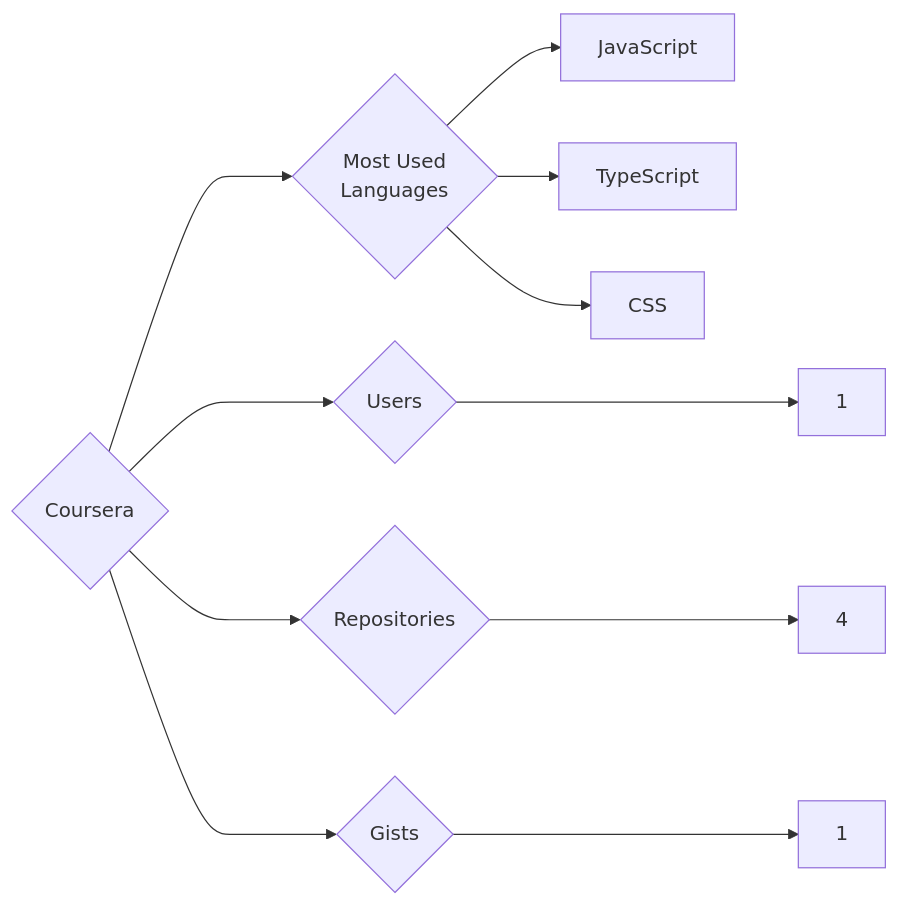
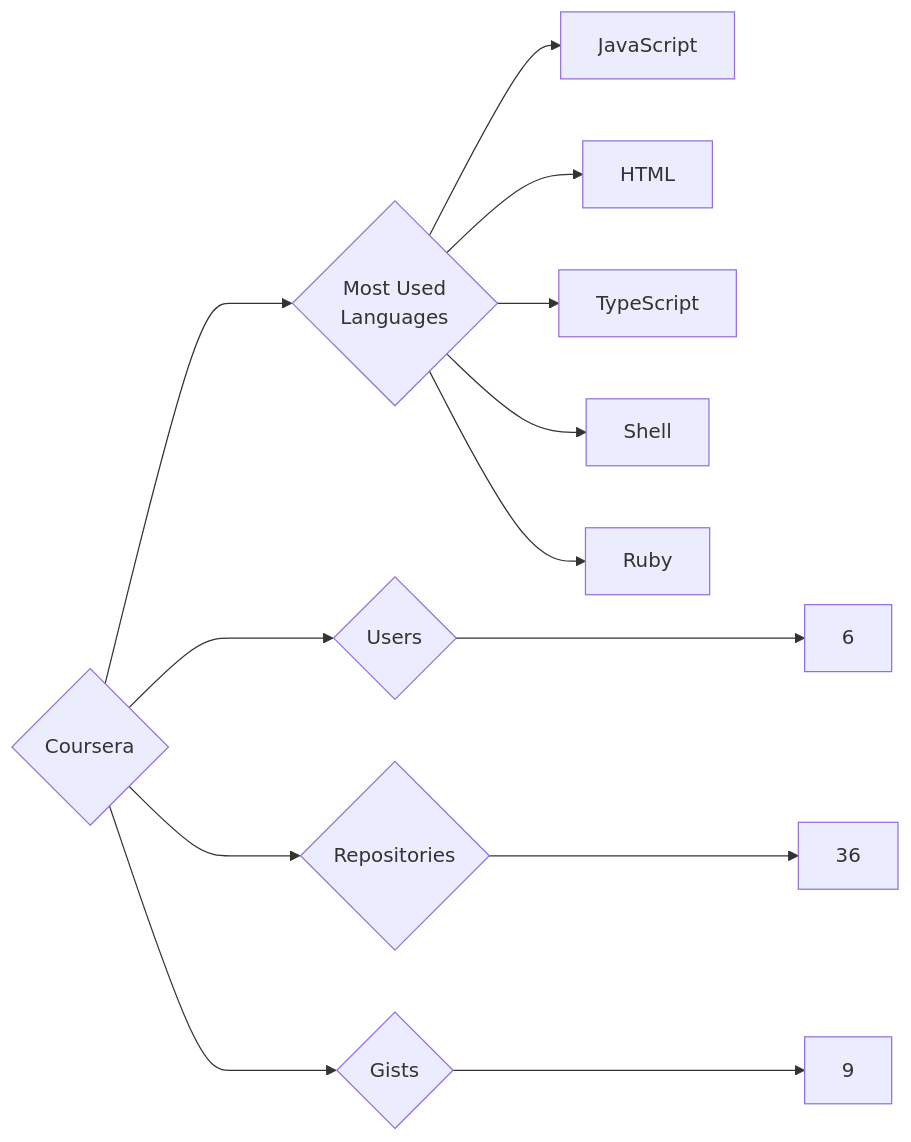
Before and after one commit to trickest/insiders: the diagram in targets/Coursera/README.md, drawn with Mermaid. The commit also changed 932 other files, not shown here.

````diff
--- a/targets/Coursera/README.md
+++ b/targets/Coursera/README.md
@@ -3,11 +3,13 @@
 ```mermaid
 graph LR
 COMPANY_NAME{Coursera}
-COMPANY_NAME ---> U{Users} ---> UN[1]
-COMPANY_NAME ---> R{Repositories} ---> RN[4]
-COMPANY_NAME ---> G{Gists} ---> GN[1]
+COMPANY_NAME ---> U{Users} ---> UN[6]
+COMPANY_NAME ---> R{Repositories} ---> RN[36]
+COMPANY_NAME ---> G{Gists} ---> GN[9]
 COMPANY_NAME ---> ML{Most Used<br>Languages}
 ML --> JavaScript[JavaScript]
+ML --> HTML[HTML]
 ML --> TypeScript[TypeScript]
-ML --> CSS[CSS]
+ML --> Shell[Shell]
+ML --> Ruby[Ruby]
 ```
````
